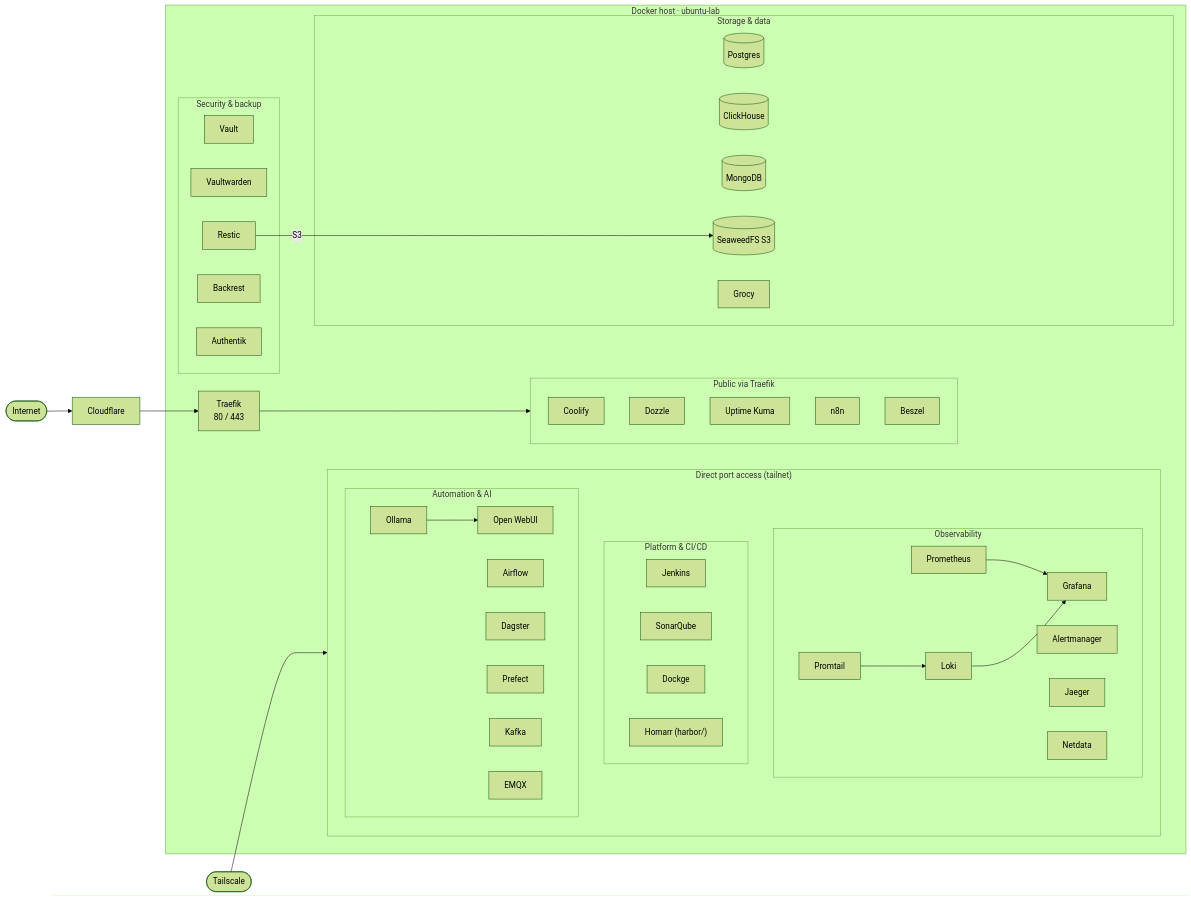
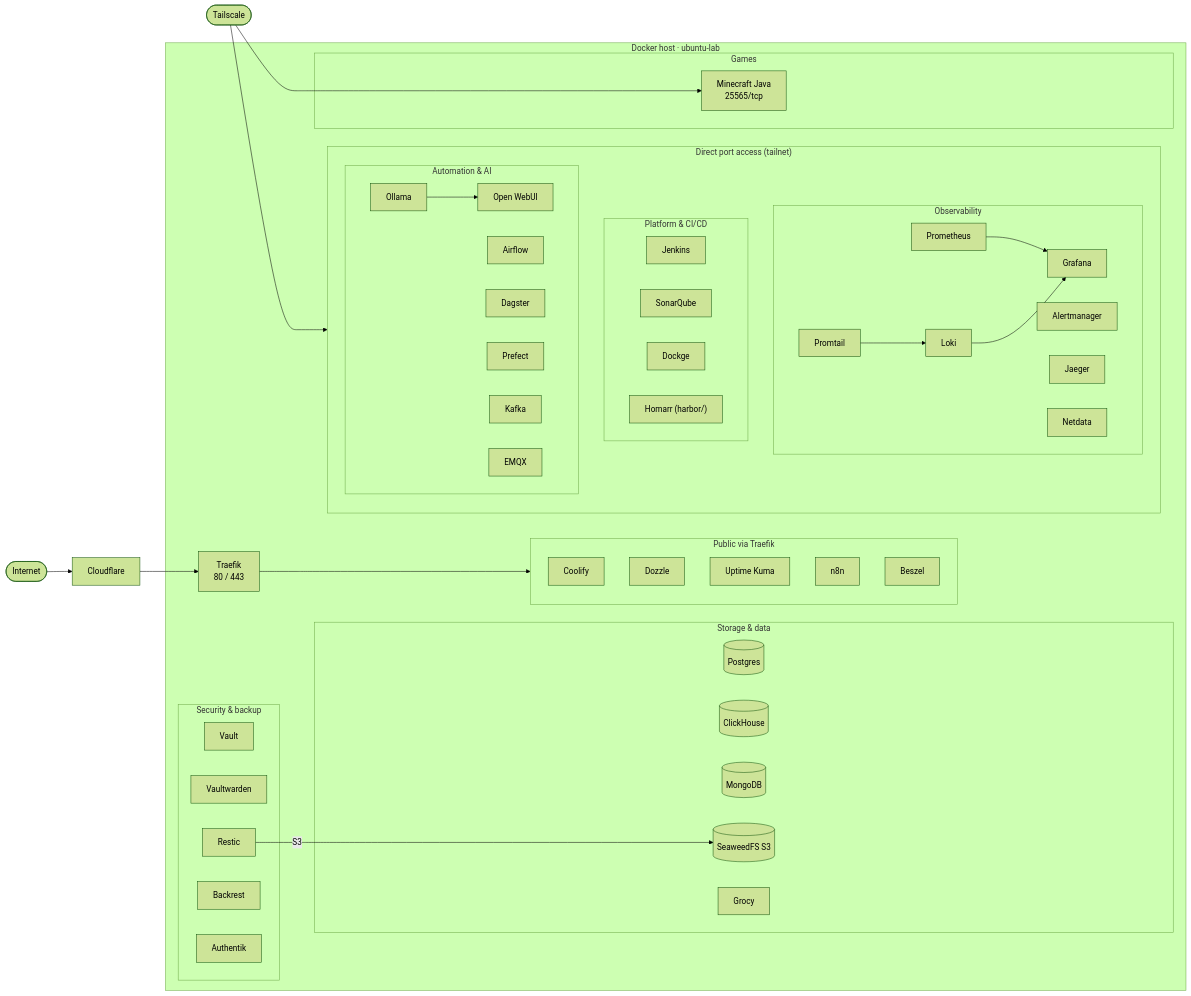
One commit to JeerasakAnanta/homelab changed the diagram in README.md. Above: the diagram before and after it, drawn with Mermaid (forest theme). The commit also changed other lines of this file and 3 other files, not shown here.

First line of the commit message:
feat(minecraft): add Minecraft Java Edition server stack

````diff
--- a/README.md
+++ b/README.md
@@ -50,63 +50,69 @@
 ```mermaid
 graph LR
     Internet([Internet]) --> CF[Cloudflare]
     CF --> Traefik[Traefik<br/>80 / 443]
     Tailnet([Tailscale]) --> Admin
 
     subgraph Host["Docker host · ubuntu-lab"]
         Traefik --> Public
 
         subgraph Public["Public via Traefik"]
             direction TB
             Coolify[Coolify]
             Dozzle[Dozzle]
             Kuma[Uptime Kuma]
             n8n[n8n]
             Beszel[Beszel]
         end
 
         subgraph Admin["Direct port access (tailnet)"]
             direction TB
             subgraph Obs["Observability"]
                 Prometheus --> Grafana
                 Loki --> Grafana
                 Promtail --> Loki
                 Alertmanager
                 Jaeger
                 Netdata
             end
             subgraph Dev["Platform & CI/CD"]
                 Jenkins
                 SonarQube
                 Dockge
                 Harbor["Homarr (harbor/)"]
             end
             subgraph AI["Automation & AI"]
                 Ollama --> OpenWebUI[Open WebUI]
                 Airflow
                 Dagster
                 Prefect
                 Kafka
                 EMQX
             end
         end
 
         subgraph Data["Storage & data"]
             Postgres[(Postgres)]
             ClickHouse[(ClickHouse)]
             MongoDB[(MongoDB)]
             SeaweedFS[(SeaweedFS S3)]
             Grocy
         end
 
         subgraph Sec["Security & backup"]
             Vault
             Vaultwarden
             Restic
             Backrest
             Authentik
         end
 
+        subgraph Games["Games"]
+            Minecraft["Minecraft Java<br/>25565/tcp"]
+        end
+
         Restic -->|S3| SeaweedFS
     end
+
+    Tailnet --> Minecraft
 ```
````
